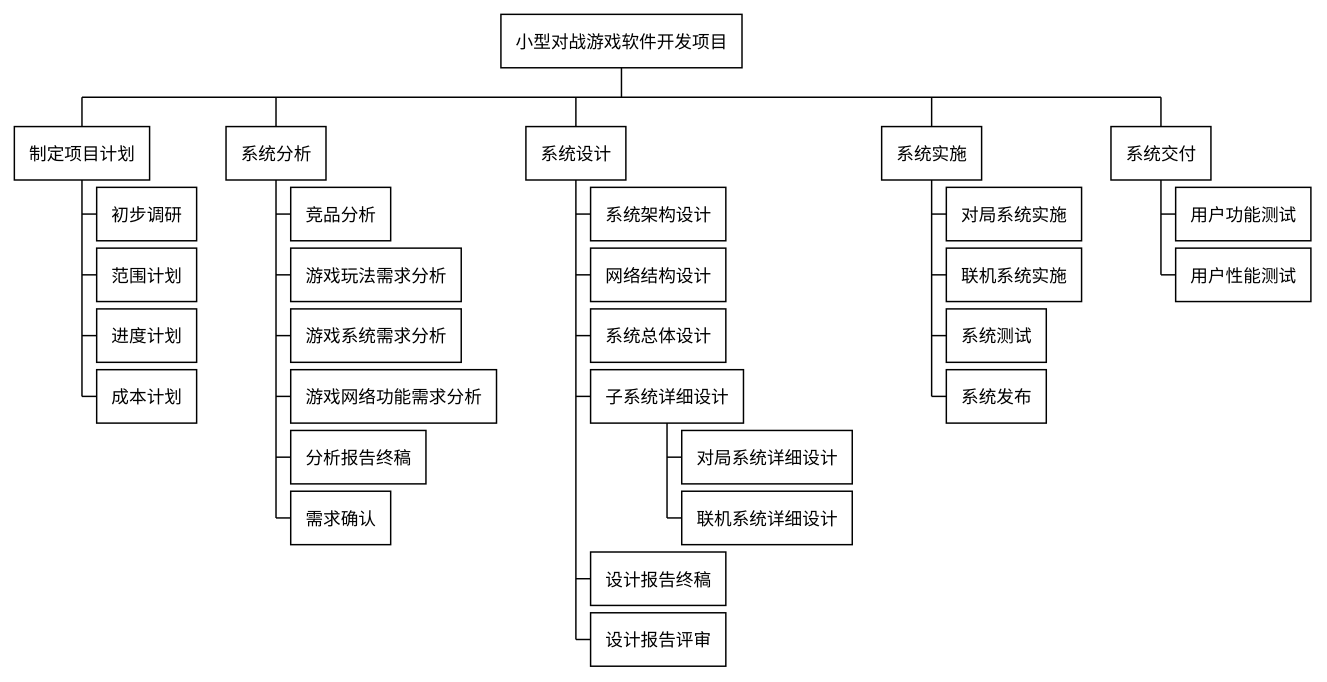
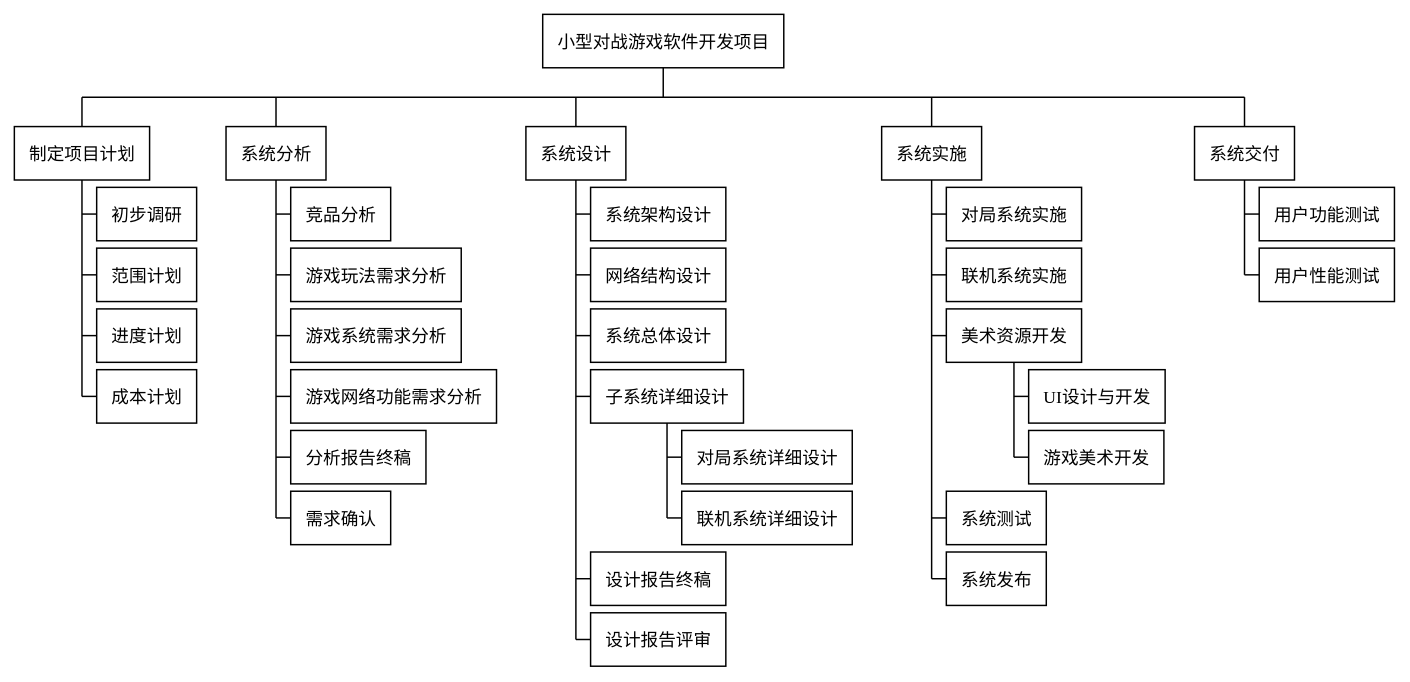
One commit to HkingAuditore/ToyEmpiresDocuments changed the diagram in PM/wbs.wsd. Above: the diagram before and after it, drawn with PlantUML. The commit also changed 12 other files, not shown here.

```diff
--- a/PM/wbs.wsd
+++ b/PM/wbs.wsd
@@ -1,33 +1,36 @@
 @startwbs
 !theme plain
 * 小型对战游戏软件开发项目
 ** 制定项目计划
 *** 初步调研
 *** 范围计划
 *** 进度计划
 *** 成本计划
 ** 系统分析
 *** 竞品分析
 *** 游戏玩法需求分析
 *** 游戏系统需求分析
 *** 游戏网络功能需求分析
 *** 分析报告终稿
 *** 需求确认
 ** 系统设计
 *** 系统架构设计
 *** 网络结构设计
 *** 系统总体设计
 *** 子系统详细设计
 **** 对局系统详细设计
 **** 联机系统详细设计
 *** 设计报告终稿
 *** 设计报告评审
 ** 系统实施
 *** 对局系统实施
 *** 联机系统实施
+*** 美术资源开发
+**** UI设计与开发
+**** 游戏美术开发
 *** 系统测试
 *** 系统发布
 ** 系统交付
 *** 用户功能测试
 *** 用户性能测试
 @endwbs
```
